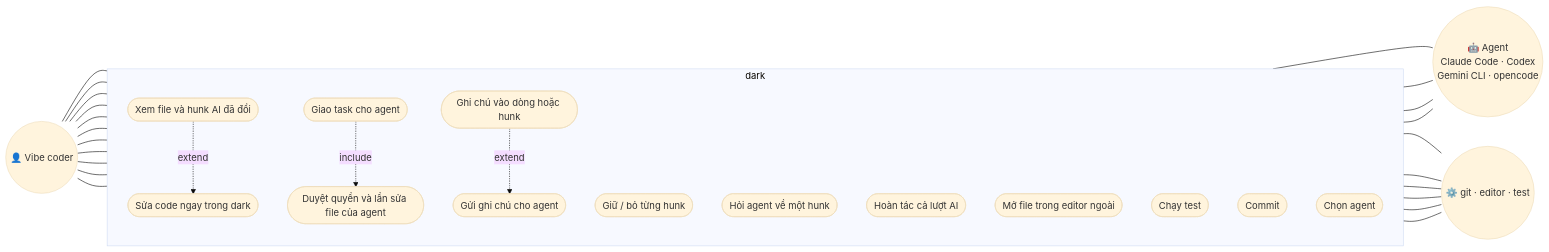
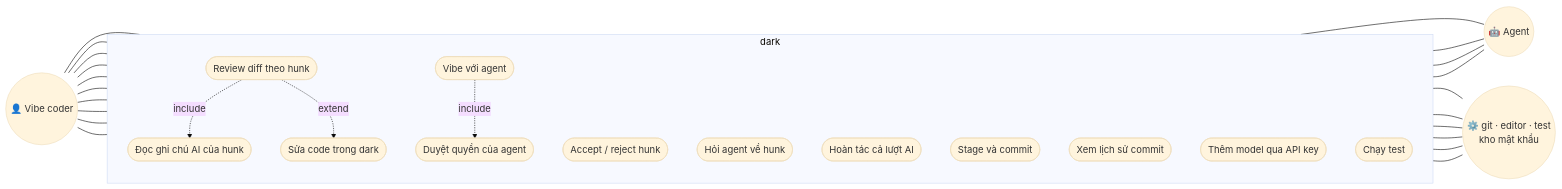
Before and after one commit to lhnhidev/dark: the diagram in docs/FEATURES.md, drawn with Mermaid (base theme). The commit also changed other lines of this file and 13 other files, not shown here.

Commit message:
docs: define seven-tab interface and roadmap

````diff
--- a/docs/FEATURES.md
+++ b/docs/FEATURES.md
@@ -30,38 +30,37 @@
 ```mermaid
 flowchart LR
     U(("👤 Vibe coder"))
-    AG(("🤖 Agent<br/>Claude Code · Codex<br/>Gemini CLI · opencode"))
-    SYS(("⚙️ git · editor · test"))
+    AG(("🤖 Agent"))
+    SYS(("⚙️ git · editor · test<br/>kho mật khẩu"))
 
     subgraph DARK["dark"]
         direction TB
-        UC1([Giao task cho agent])
-        UC2([Duyệt quyền và lần sửa file của agent])
-        UC3([Xem file và hunk AI đã đổi])
-        UC4([Giữ / bỏ từng hunk])
-        UC5([Ghi chú vào dòng hoặc hunk])
-        UC6([Gửi ghi chú cho agent])
-        UC7([Hỏi agent về một hunk])
-        UC8([Hoàn tác cả lượt AI])
-        UC9([Mở file trong editor ngoài])
-        UC10([Chạy test])
-        UC11([Commit])
-        UC12([Chọn agent])
-        UC13([Sửa code ngay trong dark])
+        UC1([Review diff theo hunk])
+        UC2([Accept / reject hunk])
+        UC3([Sửa code trong dark])
+        UC4([Đọc ghi chú AI của hunk])
+        UC5([Hỏi agent về hunk])
+        UC6([Hoàn tác cả lượt AI])
+        UC7([Stage và commit])
+        UC8([Xem lịch sử commit])
+        UC9([Vibe với agent])
+        UC10([Duyệt quyền của agent])
+        UC11([Thêm model qua API key])
+        UC12([Chạy test])
     end
 
-    U --- UC1 & UC3 & UC4 & UC5 & UC7 & UC8 & UC9 & UC10 & UC11 & UC12 & UC13
-    UC3 -. extend .-> UC13
-    UC1 -. include .-> UC2
-    UC5 -. extend .-> UC6
-    UC1 --- AG
-    UC2 --- AG
-    UC6 --- AG
-    UC7 --- AG
-    UC3 --- SYS
-    UC4 --- SYS
+    U --- UC1 & UC2 & UC3 & UC5 & UC6 & UC7 & UC8 & UC9 & UC11 & UC12
+    UC1 -. include .-> UC4
+    UC1 -. extend .-> UC3
+    UC9 -. include .-> UC10
+    UC4 --- AG
+    UC5 --- AG
+    UC9 --- AG
+    UC10 --- AG
+    UC2 --- SYS
+    UC6 --- SYS
+    UC7 --- SYS
     UC8 --- SYS
-    UC9 --- SYS
-    UC10 --- SYS
     UC11 --- SYS
+    UC12 --- SYS
 ```
````
